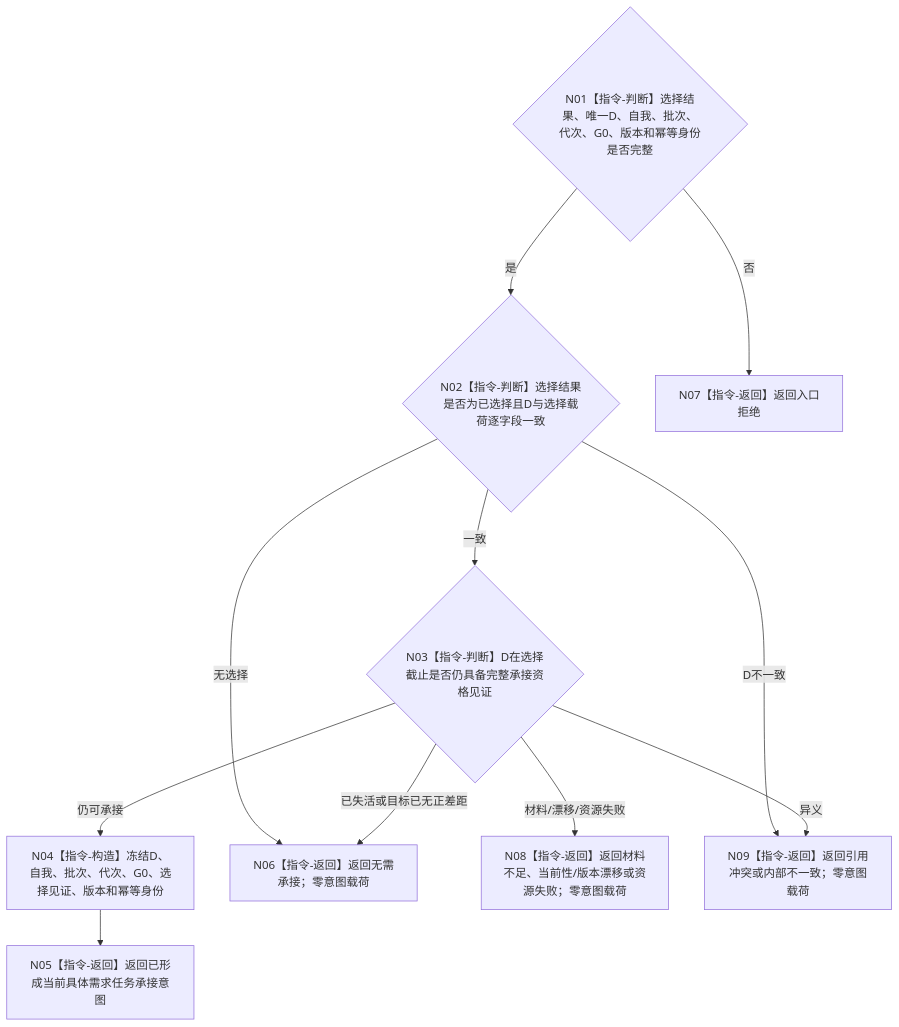
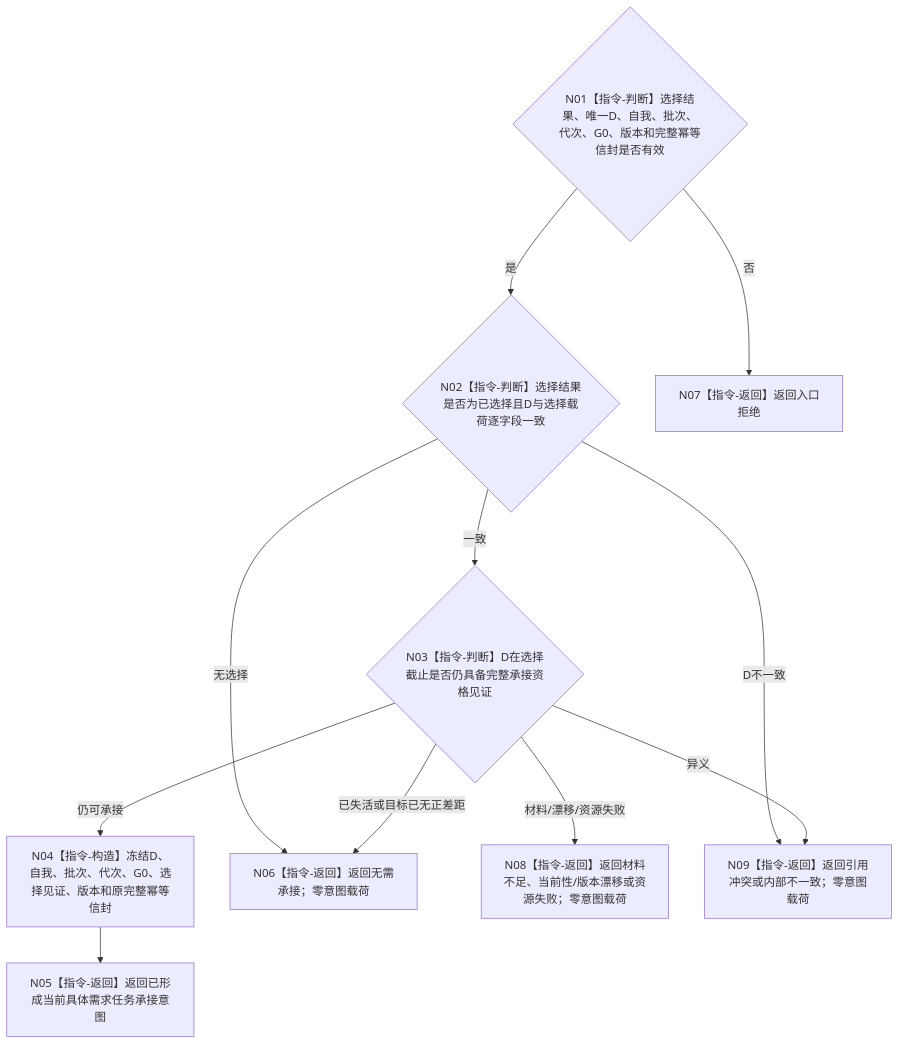
The diagram in 流程图/目标业务流程图/L3/BIZ-L3-002-07-03_形成当前具体需求任务承接意图_目标函数流程图_v0.2.md (chunhaizh-cyber/HY-Ego), drawn with Mermaid before and after one commit. The commit also changed other lines of this file and 22 other files, not shown here.

````diff
--- a/流程图/目标业务流程图/L3/BIZ-L3-002-07-03_形成当前具体需求任务承接意图_目标函数流程图_v0.2.md
+++ b/流程图/目标业务流程图/L3/BIZ-L3-002-07-03_形成当前具体需求任务承接意图_目标函数流程图_v0.2.md
@@ -33,22 +33,22 @@
 ```mermaid
 flowchart TD
-    N01{"N01【指令-判断】选择结果、唯一D、自我、批次、代次、G0、版本和幂等身份是否完整"}
+    N01{"N01【指令-判断】选择结果、唯一D、自我、批次、代次、G0、版本和完整幂等信封是否有效"}
     N02{"N02【指令-判断】选择结果是否为已选择且D与选择载荷逐字段一致"}
     N03{"N03【指令-判断】D在选择截止是否仍具备完整承接资格见证"}
-    N04["N04【指令-构造】冻结D、自我、批次、代次、G0、选择见证、版本和幂等身份"]
+    N04["N04【指令-构造】冻结D、自我、批次、代次、G0、选择见证、版本和原完整幂等信封"]
     N05["N05【指令-返回】返回已形成当前具体需求任务承接意图"]
     N06["N06【指令-返回】返回无需承接；零意图载荷"]
     N07["N07【指令-返回】返回入口拒绝"]
     N08["N08【指令-返回】返回材料不足、当前性/版本漂移或资源失败；零意图载荷"]
     N09["N09【指令-返回】返回引用冲突或内部不一致；零意图载荷"]
 
     N01 -->|否| N07
     N01 -->|是| N02
     N02 -->|无选择| N06
     N02 -->|D不一致| N09
     N02 -->|一致| N03
     N03 -->|已失活或目标已无正差距| N06
     N03 -->|材料/漂移/资源失败| N08
     N03 -->|异义| N09
     N03 -->|仍可承接| N04 --> N05
 ```
````
